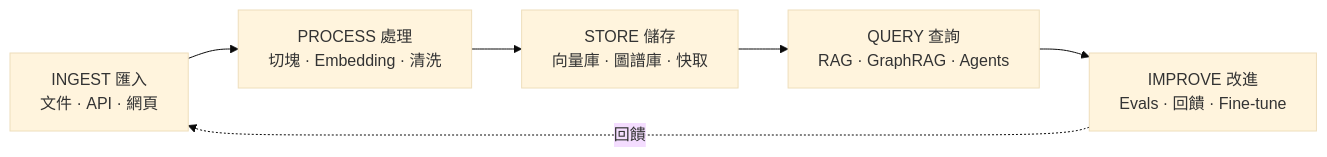
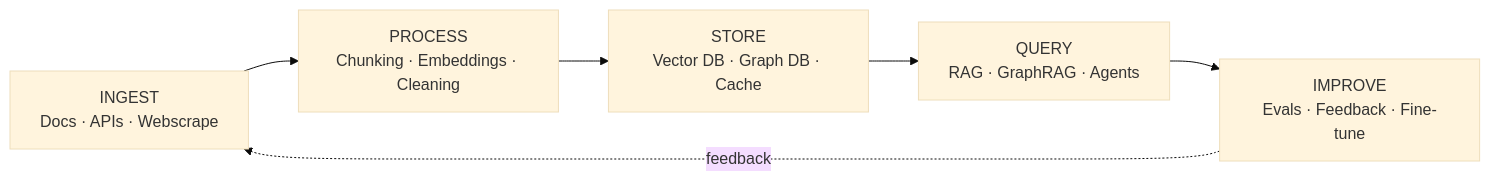
The diagram in translations/README-zh.md (kennethlaw325/awesome-llm-knowledge-systems), drawn with Mermaid (base theme) before and after one commit. The commit also changed other lines of this file and 98 other files, not shown here.

````diff
--- a/translations/README-zh.md
+++ b/translations/README-zh.md
@@ -94,8 +191,8 @@
 ```mermaid
 flowchart LR
-    I[INGEST 匯入<br/>文件 · API · 網頁] --> P[PROCESS 處理<br/>切塊 · Embedding · 清洗]
-    P --> S[STORE 儲存<br/>向量庫 · 圖譜庫 · 快取]
-    S --> Q[QUERY 查詢<br/>RAG · GraphRAG · Agents]
-    Q --> M[IMPROVE 改進<br/>Evals · 回饋 · Fine-tune]
-    M -. 回饋 .-> I
+    I[INGEST<br/>Docs · APIs · Webscrape] --> P[PROCESS<br/>Chunking · Embeddings · Cleaning]
+    P --> S[STORE<br/>Vector DB · Graph DB · Cache]
+    S --> Q[QUERY<br/>RAG · GraphRAG · Agents]
+    Q --> M[IMPROVE<br/>Evals · Feedback · Fine-tune]
+    M -. feedback .-> I
 ```
````
